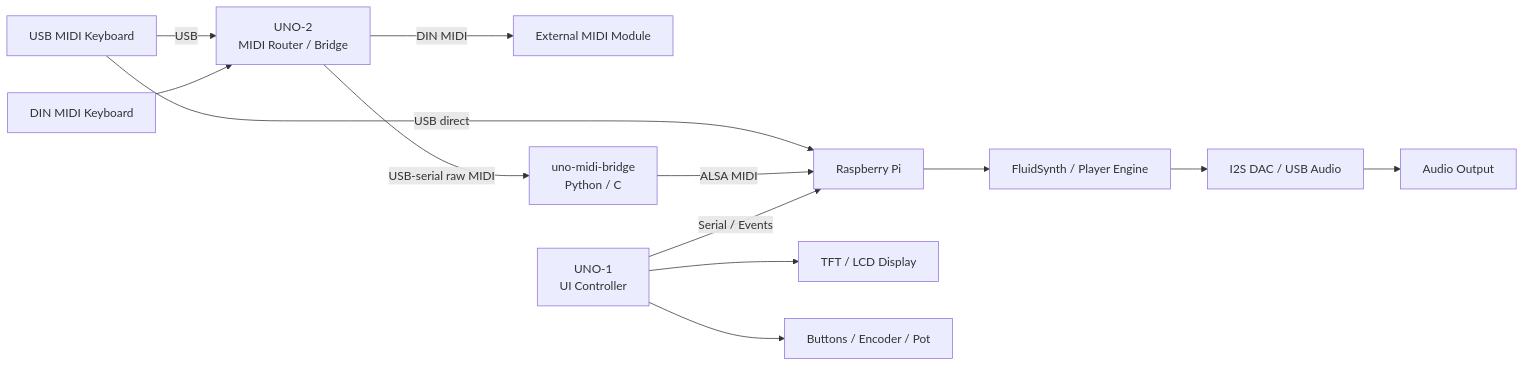
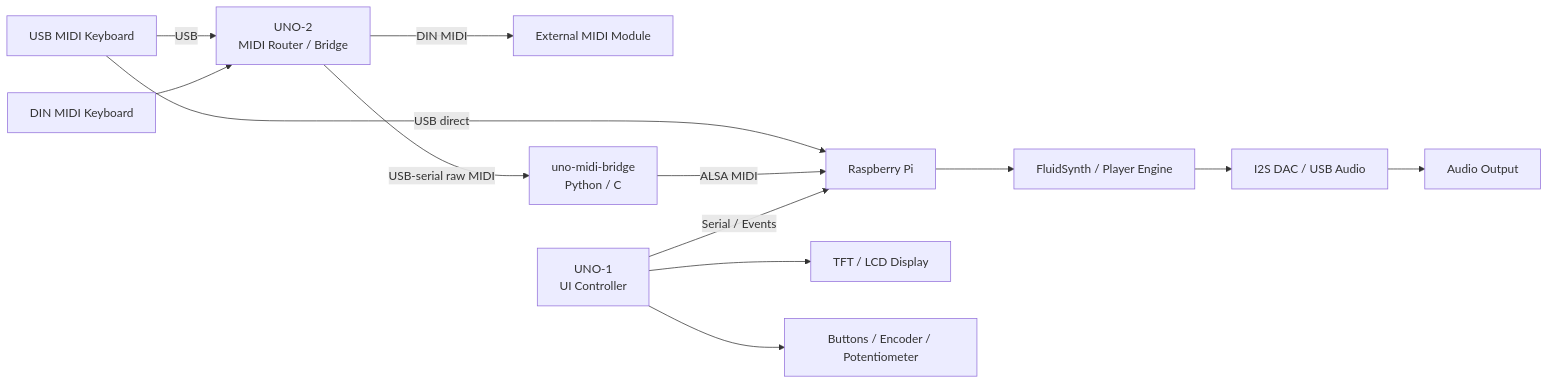
The diagram in architecture.md (jeong0449/FluidArdule), drawn with Mermaid before and after one commit.

````diff
--- a/architecture.md
+++ b/architecture.md
@@ -7,28 +7,28 @@
 ```mermaid
 flowchart LR
 
     %% --- MIDI INPUT ---
     KBD1[USB MIDI Keyboard] -->|USB| UNO2[UNO-2<br/>MIDI Router / Bridge]
     KBD2[DIN MIDI Keyboard] --> UNO2
 
     %% direct path
     KBD1 -->|USB direct| PI[Raspberry Pi]
 
     %% --- MIDI ROUTING ---
     UNO2 -->|DIN MIDI| EXT[External MIDI Module]
     UNO2 -->|USB-serial raw MIDI| BRIDGE[uno-midi-bridge<br/>Python / C]
 
     %% --- PI ENGINE ---
     BRIDGE -->|ALSA MIDI| PI
 
     PI --> FS[FluidSynth / Player Engine]
 
     %% --- UI CONTROL (UNO-1) ---
     UNO1[UNO-1<br/>UI Controller] -->|Serial / Events| PI
     UNO1 --> LCD[TFT / LCD Display]
-    UNO1 --> CTRL[Buttons / Encoder / Pot]
+    UNO1 --> CTRL[Buttons / Encoder / Potentiometer]
 
     %% --- AUDIO OUTPUT ---
     FS --> DAC[I2S DAC / USB Audio]
     DAC --> OUT[Audio Output]
 ```
````
